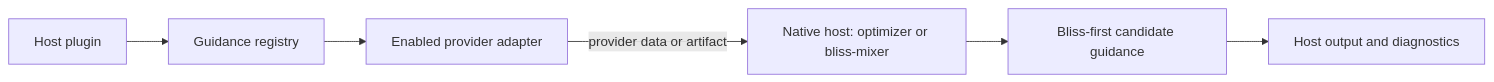
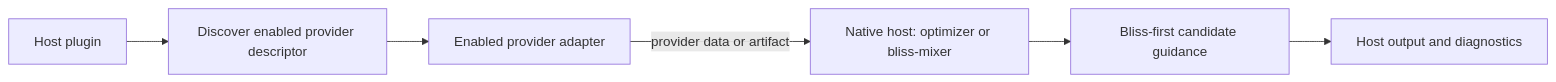
Before and after one commit to chrober/bliss-similarity-design: the second of 3 diagrams in docs/superpowers/specs/2026-09-26-lyrion-guidance-provider-discovery-design.md, drawn with Mermaid. The commit also changed other lines of this file, not shown here.

Commit message:
docs: use host-pull guidance discovery

````diff
--- a/docs/superpowers/specs/2026-09-26-lyrion-guidance-provider-discovery-design.md
+++ b/docs/superpowers/specs/2026-09-26-lyrion-guidance-provider-discovery-design.md
@@ -115,8 +117,8 @@
 ```mermaid
 flowchart LR
-  H[Host plugin] --> R[Guidance registry]
-  R --> P[Enabled provider adapter]
+  H[Host plugin] --> D[Discover enabled provider descriptor]
+  D --> P[Enabled provider adapter]
   P -->|provider data or artifact| N[Native host: optimizer or bliss-mixer]
   N --> G[Bliss-first candidate guidance]
   G --> O[Host output and diagnostics]
 ```
````
